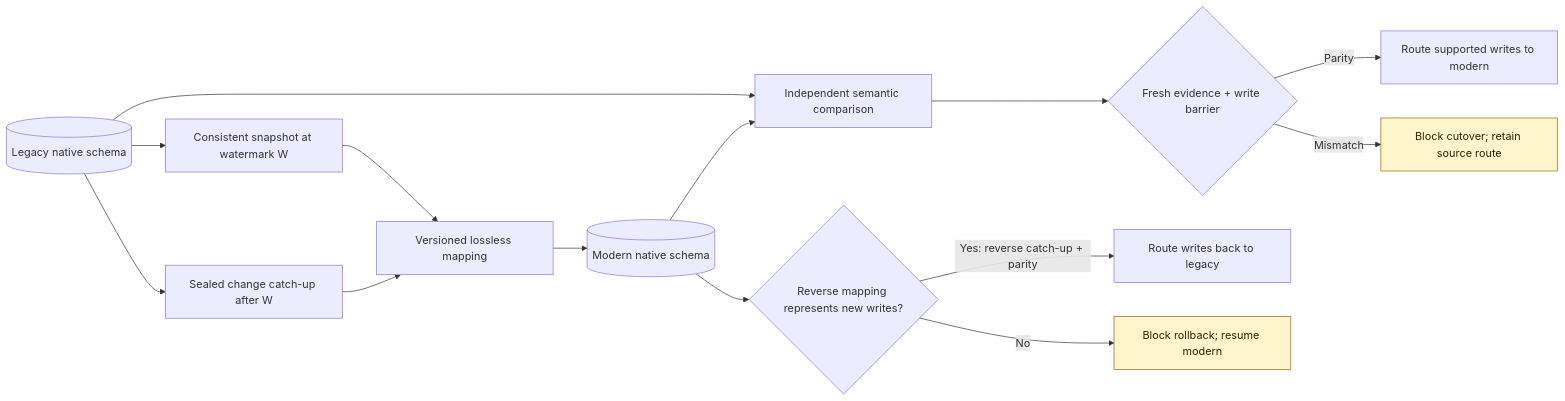
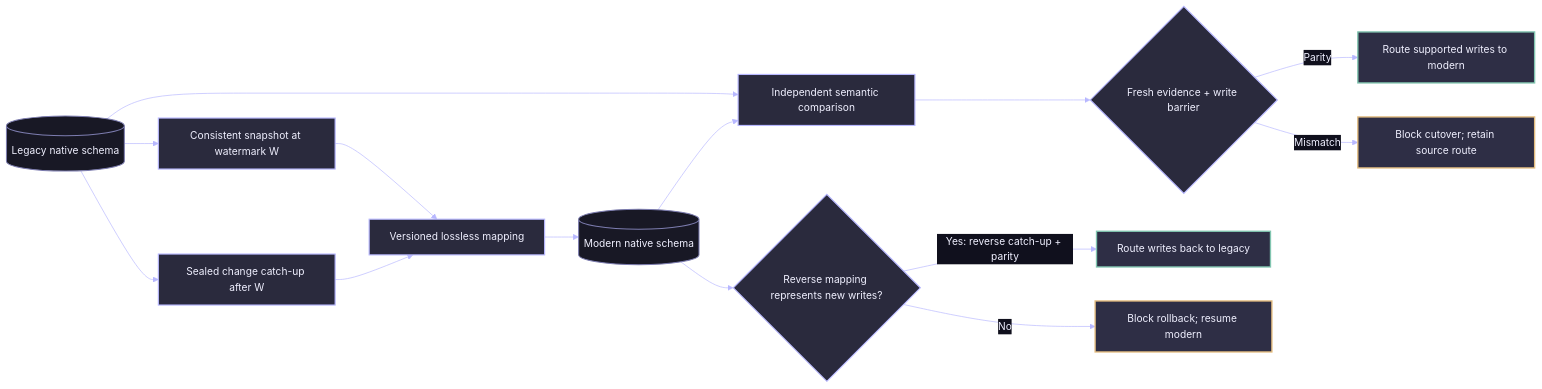
The diagram in README.md (rlbsem/martech-migration-assurance), drawn with Mermaid before and after one commit.

Commit message:
Restyle GitHub architecture diagram with Groundbreakers engineering theme

````diff
--- a/README.md
+++ b/README.md
@@ -9,18 +9,25 @@
 ```mermaid
+%%{init: {"theme":"base","themeVariables":{"background":"#10101D","primaryColor":"#2A2A3D","primaryTextColor":"#F0F0FF","primaryBorderColor":"#7C7CAF","lineColor":"#B8B8FF","textColor":"#F0F0FF","secondaryColor":"#181825","tertiaryColor":"#2E2E45","fontFamily":"IBM Plex Sans, Arial, sans-serif","fontSize":"15px","edgeLabelBackground":"#10101D"}}}%%
 flowchart LR
   L[(Legacy native schema)] --> S[Consistent snapshot at watermark W]
   S --> M[Versioned lossless mapping]
   L --> C[Sealed change catch-up after W]
   C --> M
   M --> N[(Modern native schema)]
   L --> V[Independent semantic comparison]
   N --> V
   V --> G{Fresh evidence + write barrier}
   G -->|Parity| R[Route supported writes to modern]
   G -->|Mismatch| B[Block cutover; retain source route]
   N --> Q{Reverse mapping represents new writes?}
   Q -->|Yes: reverse catch-up + parity| K[Route writes back to legacy]
   Q -->|No| X[Block rollback; resume modern]
-  classDef stop fill:#fff4cc,stroke:#946800,color:#302300;
+  classDef stop fill:#2E2E45,stroke:#E3BC7F,color:#F0F0FF,stroke-width:2px;
+  classDef source fill:#181825,stroke:#7C7CAF,color:#F0F0FF,stroke-width:1.5px;
+  classDef control fill:#2A2A3D,stroke:#B8B8FF,color:#F0F0FF,stroke-width:1.7px;
+  classDef passed fill:#2E2E45,stroke:#81C5B0,color:#F0F0FF,stroke-width:2px;
   class B,X stop;
+  class L,N source;
+  class S,M,C,V,G,Q control;
+  class R,K passed;
 ```
````
